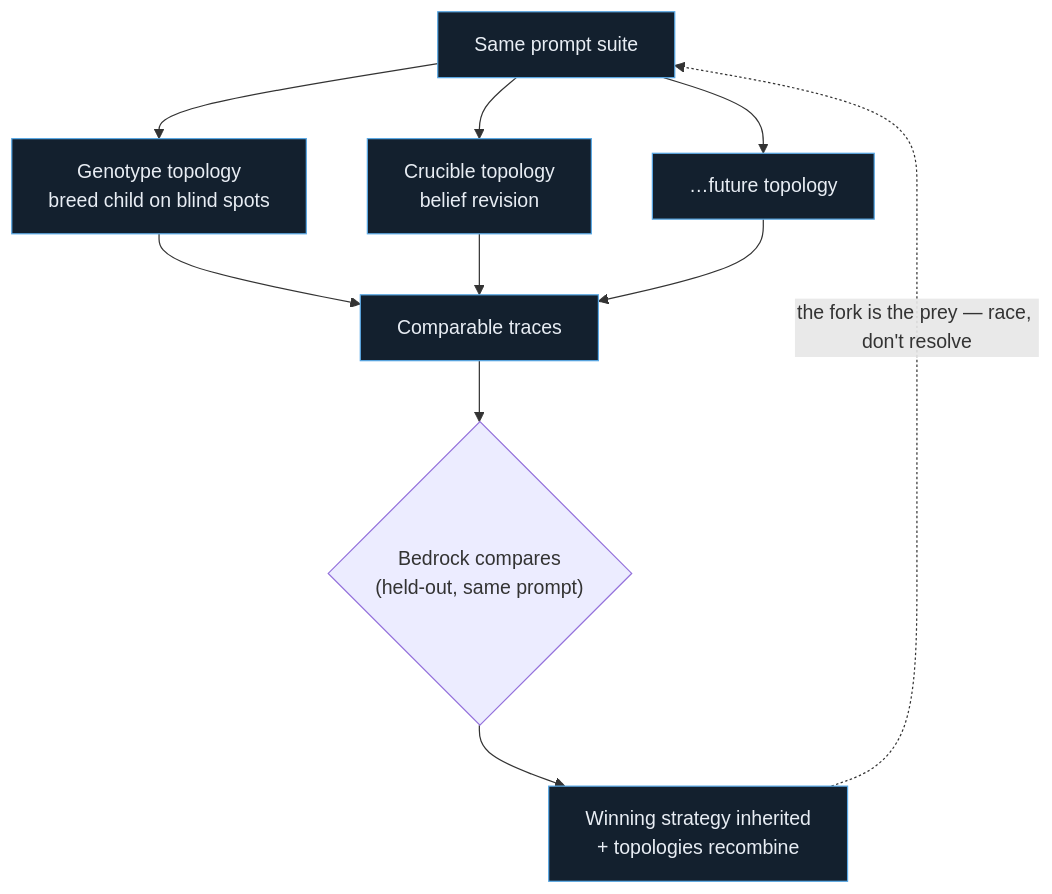
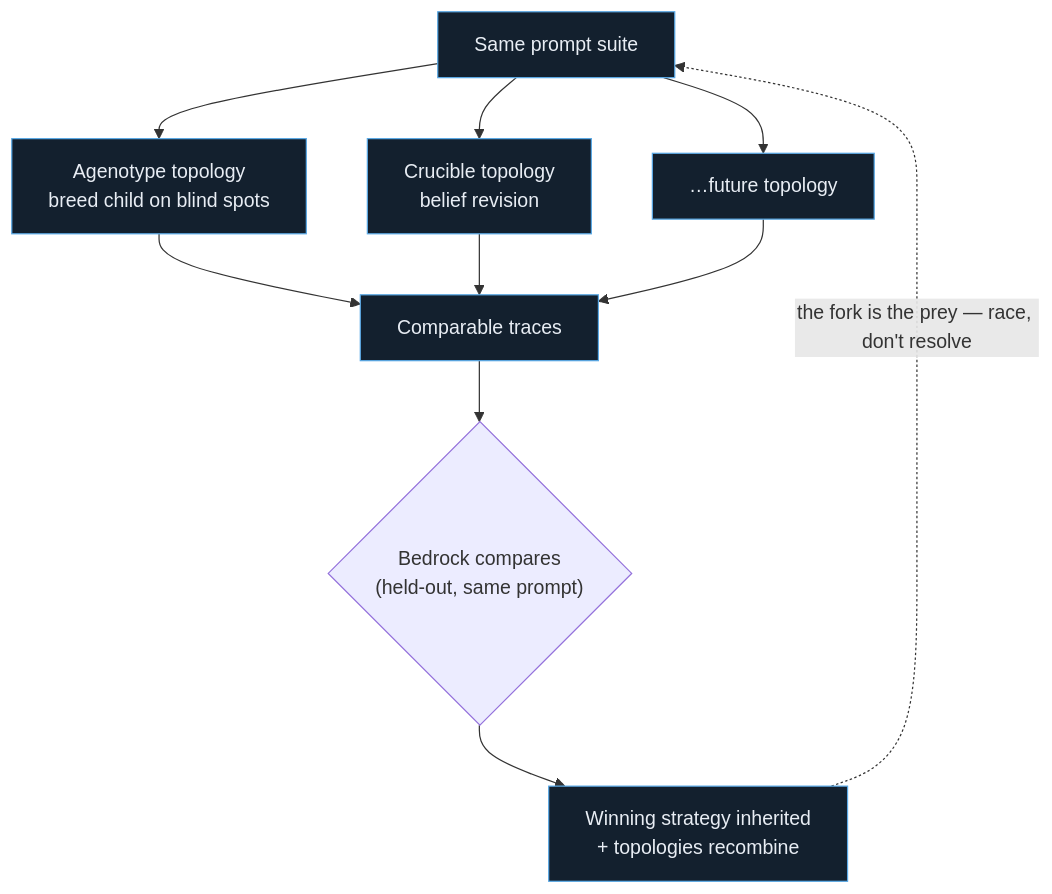
Before and after one commit to Doppl-Life/mh-doppl-spike: the seventh of 9 diagrams in DIAGRAMS.md, drawn with Mermaid. The commit also changed other lines of this file and 12 other files, not shown here.

First line of the commit message:
Refactor terminology and update documentation to replace "genotype" with "agenotype" across multiple files

````diff
--- a/DIAGRAMS.md
+++ b/DIAGRAMS.md
@@ -191,16 +191,16 @@
 ```mermaid
 flowchart TB
   Q["Same prompt suite"]
-  Q --> T1["Genotype topology<br/>breed child on blind spots"]
+  Q --> T1["Agenotype topology<br/>breed child on blind spots"]
   Q --> T2["Crucible topology<br/>belief revision"]
   Q --> T3["…future topology"]
   T1 --> TR["Comparable traces"]
   T2 --> TR
   T3 --> TR
   TR --> BR{"Bedrock compares<br/>(held-out, same prompt)"}
   BR --> WIN["Winning strategy inherited<br/>+ topologies recombine"]
   WIN -.->|"the fork is the prey — race, don't resolve"| Q
 
   classDef t fill:#13202e,stroke:#5aa9e6,color:#e8edf4;
   class Q,T1,T2,T3,TR,WIN t;
 ```
````
